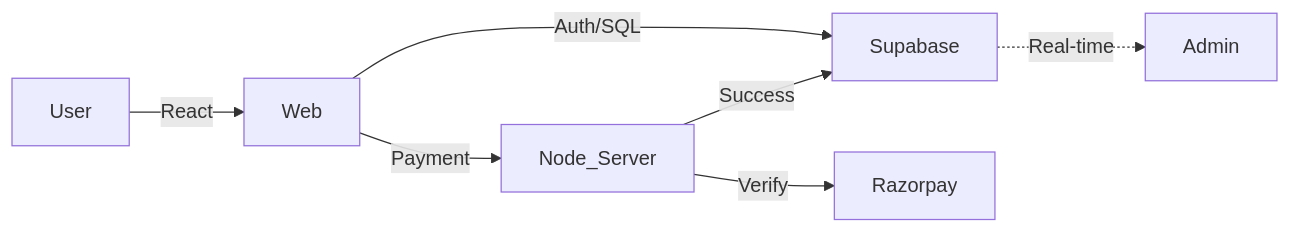
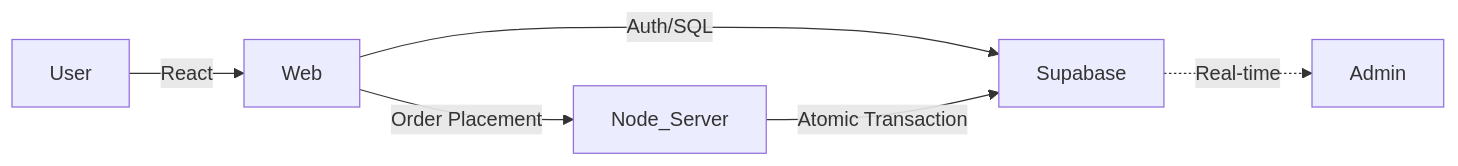
One commit to kiran-8287/nescafe-iitpkd changed the diagram in README.md. Above: the diagram before and after it, drawn with Mermaid. The commit also changed other lines of this file, not shown here.

Commit message:
docs: update README to reflect transition to manual payment system and enhanced admin features

````diff
--- a/README.md
+++ b/README.md
@@ -33,9 +33,8 @@
 ```mermaid
 graph LR
     User -->|React| Web
     Web -->|Auth/SQL| Supabase
-    Web -->|Payment| Node_Server
-    Node_Server -->|Verify| Razorpay
-    Node_Server -->|Success| Supabase
+    Web -->|Order Placement| Node_Server
+    Node_Server -->|Atomic Transaction| Supabase
     Supabase -.->|Real-time| Admin
 ```
````
